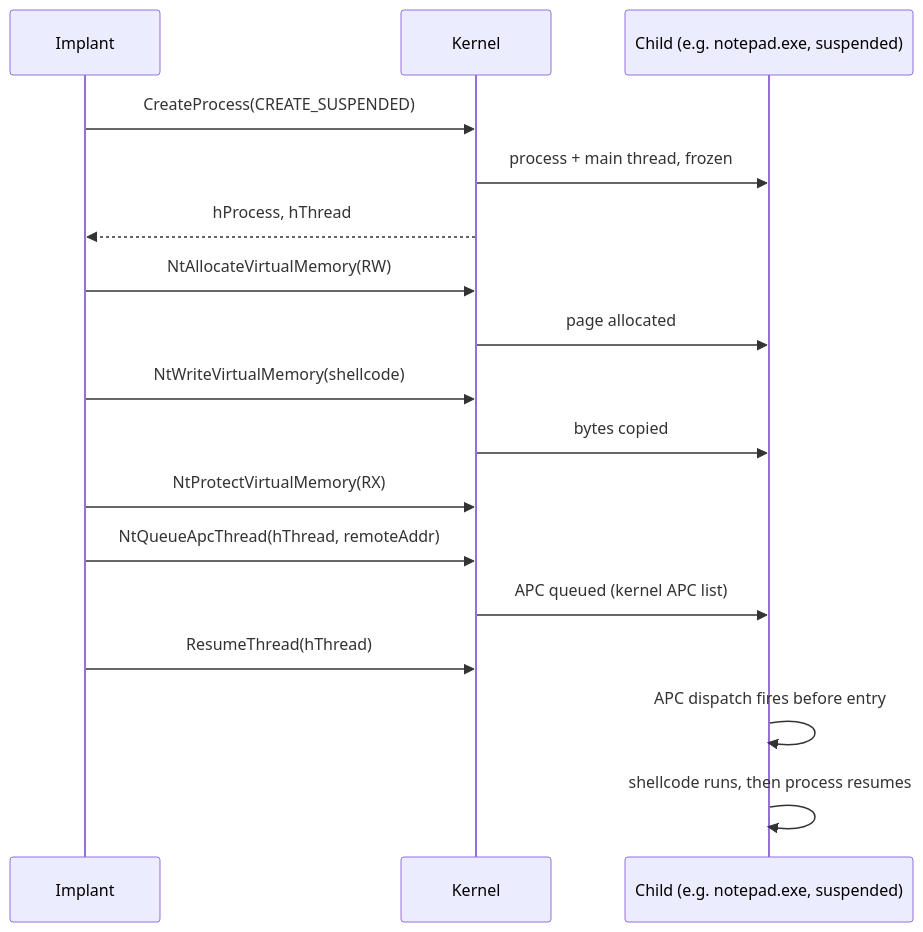
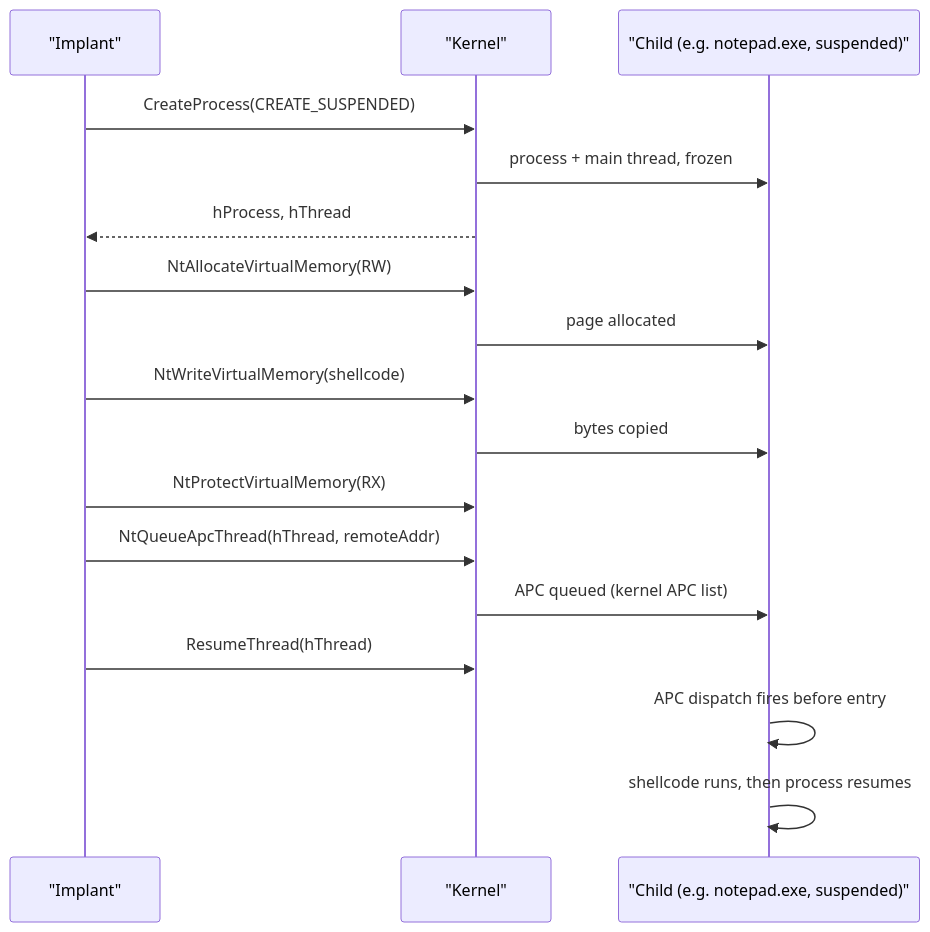
One commit to oioio-space/maldev changed the diagram in docs/techniques/injection/early-bird-apc.md. Above: the diagram before and after it, drawn with Mermaid. The commit also changed 52 other files, not shown here.

First line of the commit message:
fix(docs): quote multi-word Mermaid participant aliases — 11.2.0 strict-mode sweep

````diff
--- a/docs/techniques/injection/early-bird-apc.md
+++ b/docs/techniques/injection/early-bird-apc.md
@@ -40,22 +40,22 @@
 ```mermaid
 sequenceDiagram
-    participant Impl as Implant
-    participant Kern as Kernel
-    participant Child as Child (e.g. notepad.exe, suspended)
+    participant Impl as "Implant"
+    participant Kern as "Kernel"
+    participant Child as "Child (e.g. notepad.exe, suspended)"
 
     Impl->>Kern: CreateProcess(CREATE_SUSPENDED)
     Kern->>Child: process + main thread, frozen
     Kern-->>Impl: hProcess, hThread
 
     Impl->>Kern: NtAllocateVirtualMemory(RW)
     Kern->>Child: page allocated
     Impl->>Kern: NtWriteVirtualMemory(shellcode)
     Kern->>Child: bytes copied
     Impl->>Kern: NtProtectVirtualMemory(RX)
 
     Impl->>Kern: NtQueueApcThread(hThread, remoteAddr)
     Kern->>Child: APC queued (kernel APC list)
     Impl->>Kern: ResumeThread(hThread)
     Child->>Child: APC dispatch fires before entry
     Child->>Child: shellcode runs, then process resumes
 ```
````
